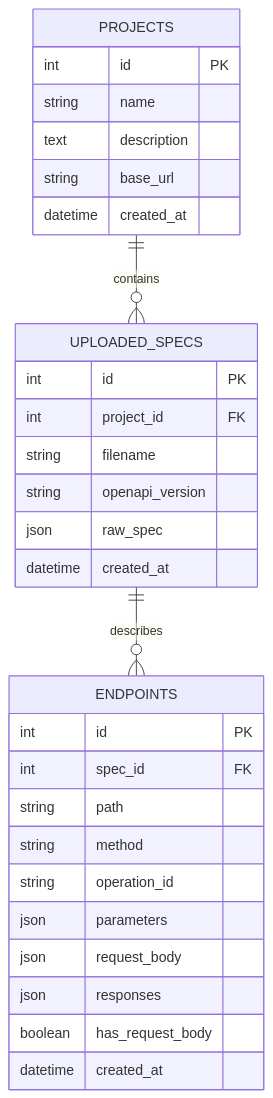
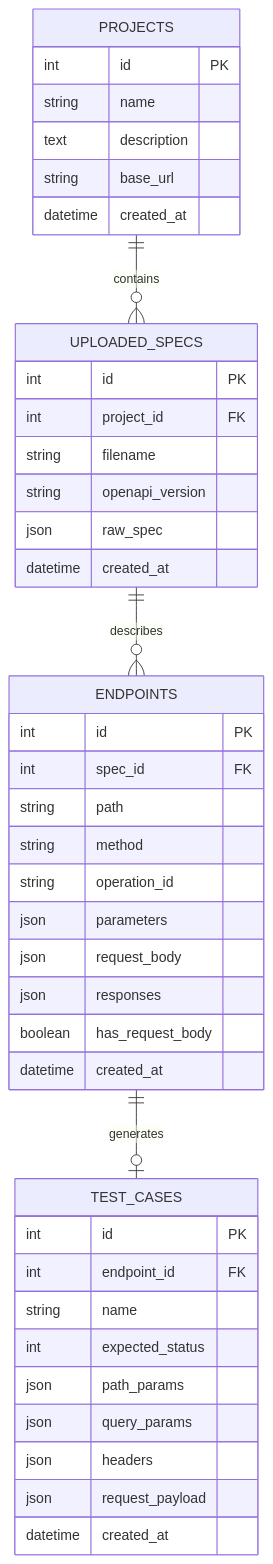
The second of 3 diagrams in ARCHITECTURE.md (AdityaT360/specpulse), drawn with Mermaid before and after one commit. The commit also changed other lines of this file and 10 other files, not shown here.

````diff
--- a/ARCHITECTURE.md
+++ b/ARCHITECTURE.md
@@ -41,33 +47,45 @@
 ```mermaid
 erDiagram
     PROJECTS {
         int id PK
         string name
         text description
         string base_url
         datetime created_at
     }
     UPLOADED_SPECS {
         int id PK
         int project_id FK
         string filename
         string openapi_version
         json raw_spec
         datetime created_at
     }
     ENDPOINTS {
         int id PK
         int spec_id FK
         string path
         string method
         string operation_id
         json parameters
         json request_body
         json responses
         boolean has_request_body
         datetime created_at
     }
+    TEST_CASES {
+        int id PK
+        int endpoint_id FK
+        string name
+        int expected_status
+        json path_params
+        json query_params
+        json headers
+        json request_payload
+        datetime created_at
+    }
 
     PROJECTS ||--o{ UPLOADED_SPECS : contains
     UPLOADED_SPECS ||--o{ ENDPOINTS : describes
+    ENDPOINTS ||--o| TEST_CASES : generates
 ```
````
